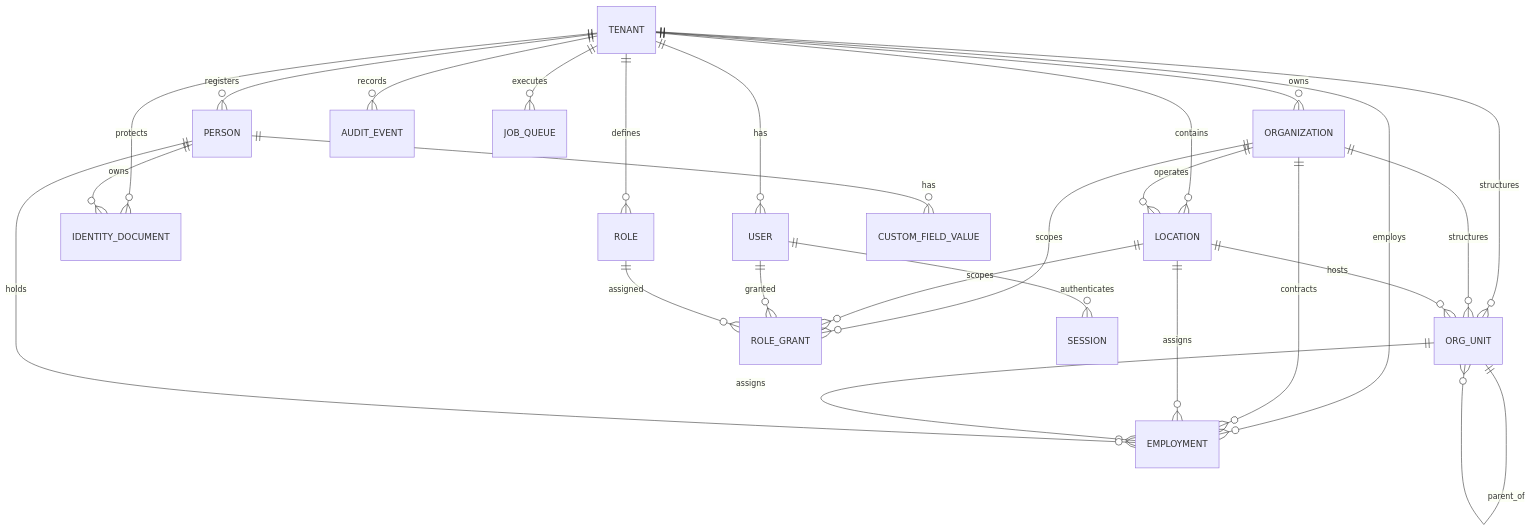
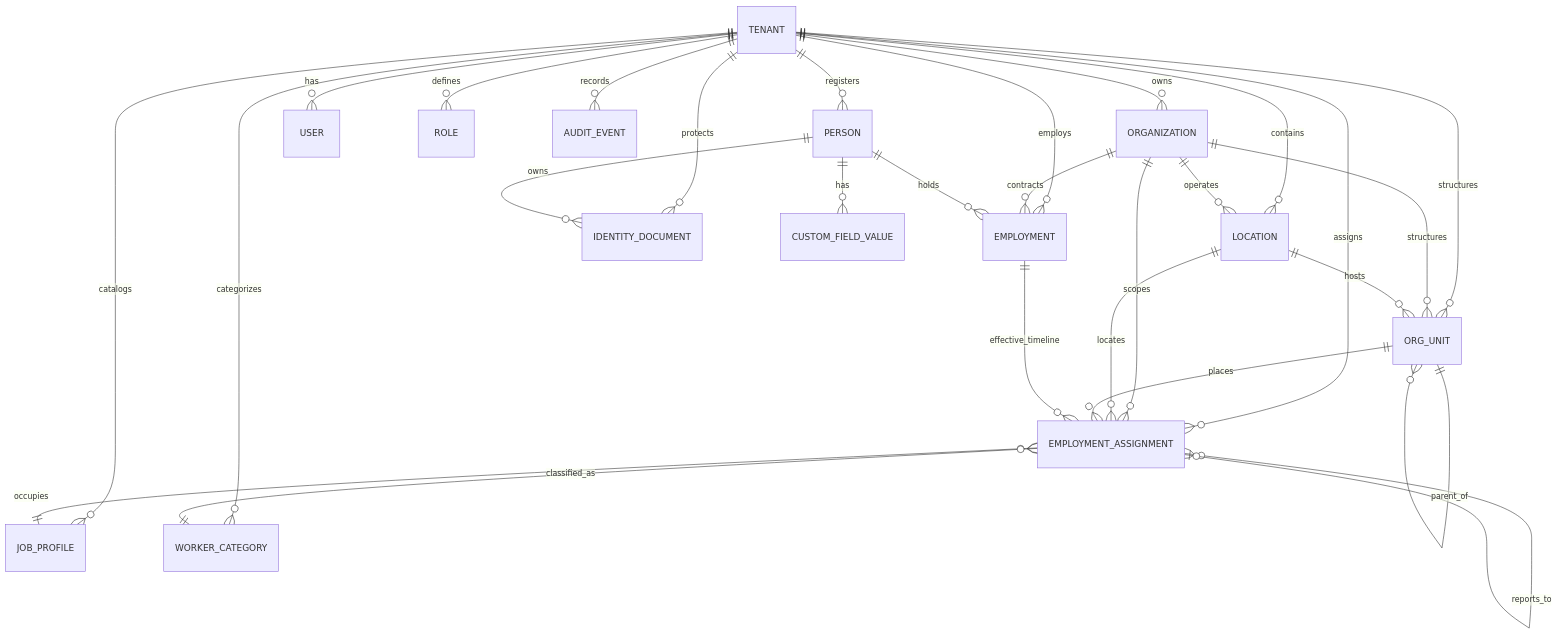
Before and after one commit to AsifShawon/hr-platform: the diagram in docs/data-model.md, drawn with Mermaid. The commit also changed 60 other files, not shown here.

Commit message:
feat: add dashboard schemas for overview, metrics, and system health

````diff
--- a/docs/data-model.md
+++ b/docs/data-model.md
@@ -17,33 +17,35 @@
 ```mermaid
 erDiagram
     TENANT ||--o{ ORGANIZATION : "owns"
     TENANT ||--o{ LOCATION : "contains"
     TENANT ||--o{ ORG_UNIT : "structures"
     TENANT ||--o{ PERSON : "registers"
     TENANT ||--o{ EMPLOYMENT : "employs"
+    TENANT ||--o{ EMPLOYMENT_ASSIGNMENT : "assigns"
+    TENANT ||--o{ JOB_PROFILE : "catalogs"
+    TENANT ||--o{ WORKER_CATEGORY : "categorizes"
     TENANT ||--o{ IDENTITY_DOCUMENT : "protects"
     TENANT ||--o{ USER : "has"
     TENANT ||--o{ ROLE : "defines"
     TENANT ||--o{ AUDIT_EVENT : "records"
-    TENANT ||--o{ JOB_QUEUE : "executes"
 
     ORGANIZATION ||--o{ LOCATION : "operates"
     ORGANIZATION ||--o{ ORG_UNIT : "structures"
     ORGANIZATION ||--o{ EMPLOYMENT : "contracts"
-    ORGANIZATION ||--o{ ROLE_GRANT : "scopes"
+    ORGANIZATION ||--o{ EMPLOYMENT_ASSIGNMENT : "scopes"
 
     LOCATION ||--o{ ORG_UNIT : "hosts"
-    LOCATION ||--o{ EMPLOYMENT : "assigns"
-    LOCATION ||--o{ ROLE_GRANT : "scopes"
+    LOCATION ||--o{ EMPLOYMENT_ASSIGNMENT : "locates"
 
     ORG_UNIT ||--o{ ORG_UNIT : "parent_of"
-    ORG_UNIT ||--o{ EMPLOYMENT : "assigns"
+    ORG_UNIT ||--o{ EMPLOYMENT_ASSIGNMENT : "places"
 
     PERSON ||--o{ EMPLOYMENT : "holds"
     PERSON ||--o{ IDENTITY_DOCUMENT : "owns"
     PERSON ||--o{ CUSTOM_FIELD_VALUE : "has"
 
-    USER ||--o{ ROLE_GRANT : "granted"
-    ROLE ||--o{ ROLE_GRANT : "assigned"
-    USER ||--o{ SESSION : "authenticates"
+    EMPLOYMENT ||--o{ EMPLOYMENT_ASSIGNMENT : "effective_timeline"
+    EMPLOYMENT_ASSIGNMENT }o--|| JOB_PROFILE : "occupies"
+    EMPLOYMENT_ASSIGNMENT }o--|| WORKER_CATEGORY : "classified_as"
+    EMPLOYMENT_ASSIGNMENT }o--o| EMPLOYMENT_ASSIGNMENT : "reports_to"
 ```
````
